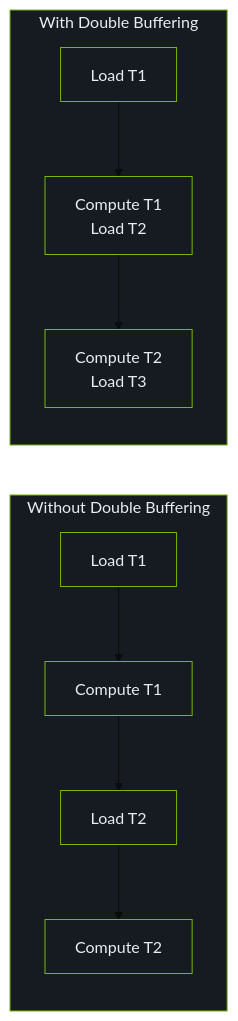
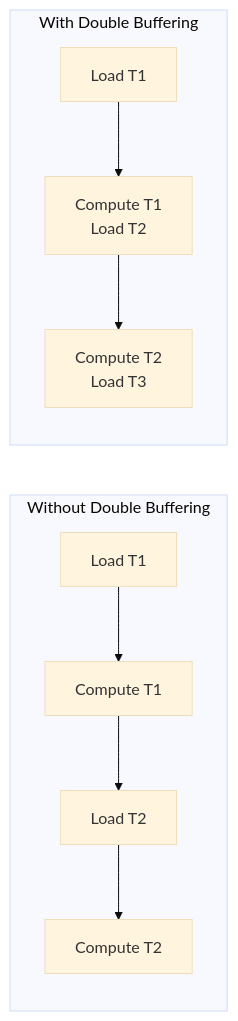
One commit to LessUp/cuda-kernel-academy changed the third of 5 diagrams in docs/zh/modules/03/gemm-optimization.md. Above: the diagram before and after it, drawn with Mermaid (base theme). The commit also changed other lines of this file and 45 other files, not shown here.

````diff
--- a/docs/zh/modules/03/gemm-optimization.md
+++ b/docs/zh/modules/03/gemm-optimization.md
@@ -197,20 +180,11 @@
 ```mermaid
 flowchart LR
     subgraph W["Without Double Buffering"]
         W1["Load T1"] --> W2["Compute T1"] --> W3["Load T2"] --> W4["Compute T2"]
     end
 
     subgraph D["With Double Buffering"]
         D1["Load T1"] --> D2["Compute T1<br/>Load T2"] --> D3["Compute T2<br/>Load T3"]
     end
 
-    style W fill:#161b22,stroke:#76B900,color:#e6edf3
-    style D fill:#161b22,stroke:#76B900,color:#e6edf3
-    style W1 fill:#161b22,stroke:#76B900,color:#e6edf3
-    style W2 fill:#161b22,stroke:#76B900,color:#e6edf3
-    style W3 fill:#161b22,stroke:#76B900,color:#e6edf3
-    style W4 fill:#161b22,stroke:#76B900,color:#e6edf3
-    style D1 fill:#161b22,stroke:#76B900,color:#e6edf3
-    style D2 fill:#161b22,stroke:#76B900,color:#e6edf3
-    style D3 fill:#161b22,stroke:#76B900,color:#e6edf3
 ```
````
